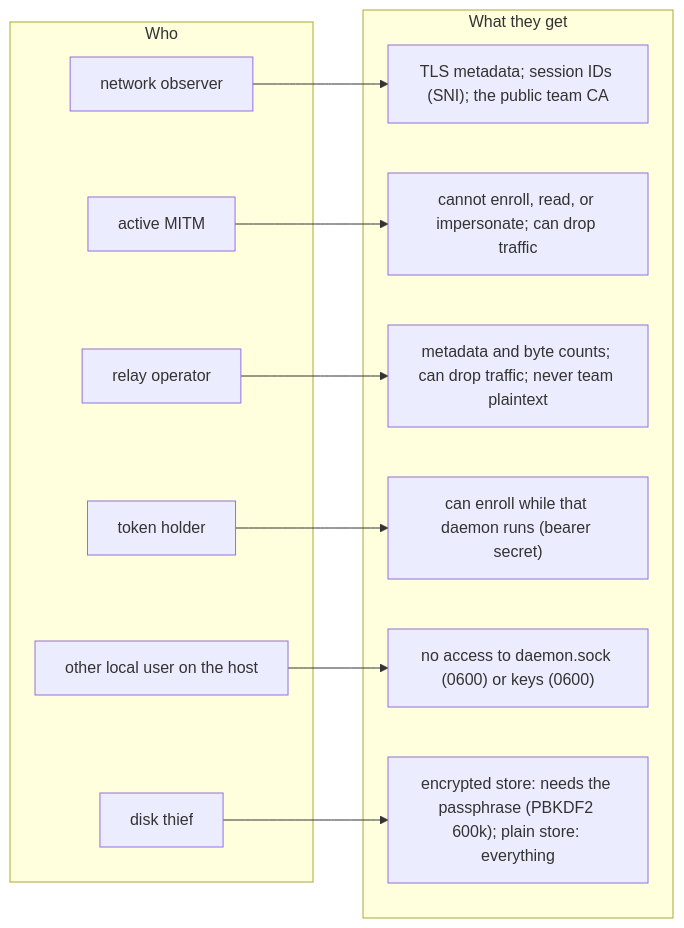
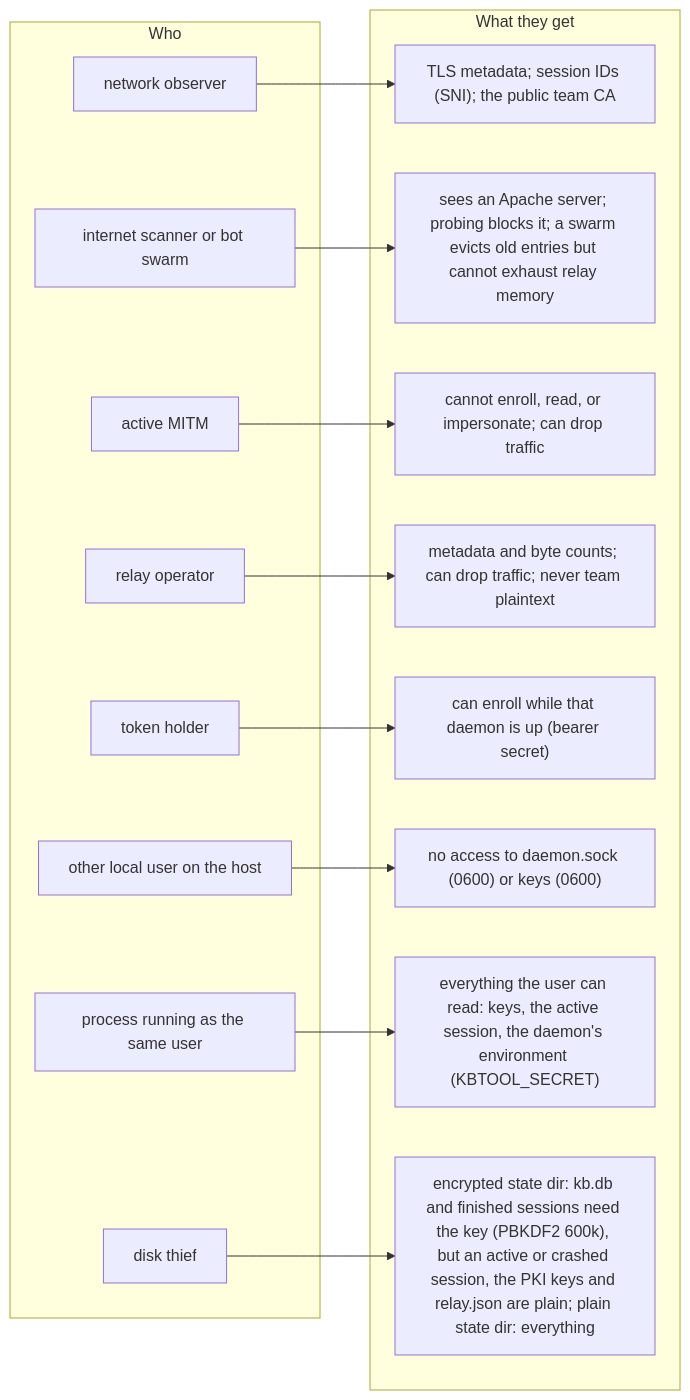
One commit to samrocketman/go-kbtool changed diagram 24 of 24 in docs/cryptography.md. Above: the diagram before and after it, drawn with Mermaid. The commit also changed other lines of this file and 64 other files, not shown here.

````diff
--- a/docs/cryptography.md
+++ b/docs/cryptography.md
@@ -720,19 +967,23 @@
 ```mermaid
 flowchart LR
   subgraph who["Who"]
     N["network observer"]
+    SC["internet scanner or bot swarm"]
     M["active MITM"]
     RO["relay operator"]
     TH["token holder"]
     LU["other local user on the host"]
+    SU["process running as the same user"]
     DT["disk thief"]
   end
   subgraph what["What they get"]
     N --> N1["TLS metadata; session IDs (SNI); the public team CA"]
+    SC --> SC1["sees an Apache server; probing blocks it; a swarm evicts old entries but cannot exhaust relay memory"]
     M --> M1["cannot enroll, read, or impersonate; can drop traffic"]
     RO --> RO1["metadata and byte counts; can drop traffic; never team plaintext"]
-    TH --> TH1["can enroll while that daemon runs (bearer secret)"]
+    TH --> TH1["can enroll while that daemon is up (bearer secret)"]
     LU --> LU1["no access to daemon.sock (0600) or keys (0600)"]
-    DT --> DT1["encrypted store: needs the passphrase (PBKDF2 600k); plain store: everything"]
+    SU --> SU1["everything the user can read: keys, the active session, the daemon's environment (KBTOOL_SECRET)"]
+    DT --> DT1["encrypted state dir: kb.db and finished sessions need the key (PBKDF2 600k), but an active or crashed session, the PKI keys and relay.json are plain; plain state dir: everything"]
   end
 ```
````
